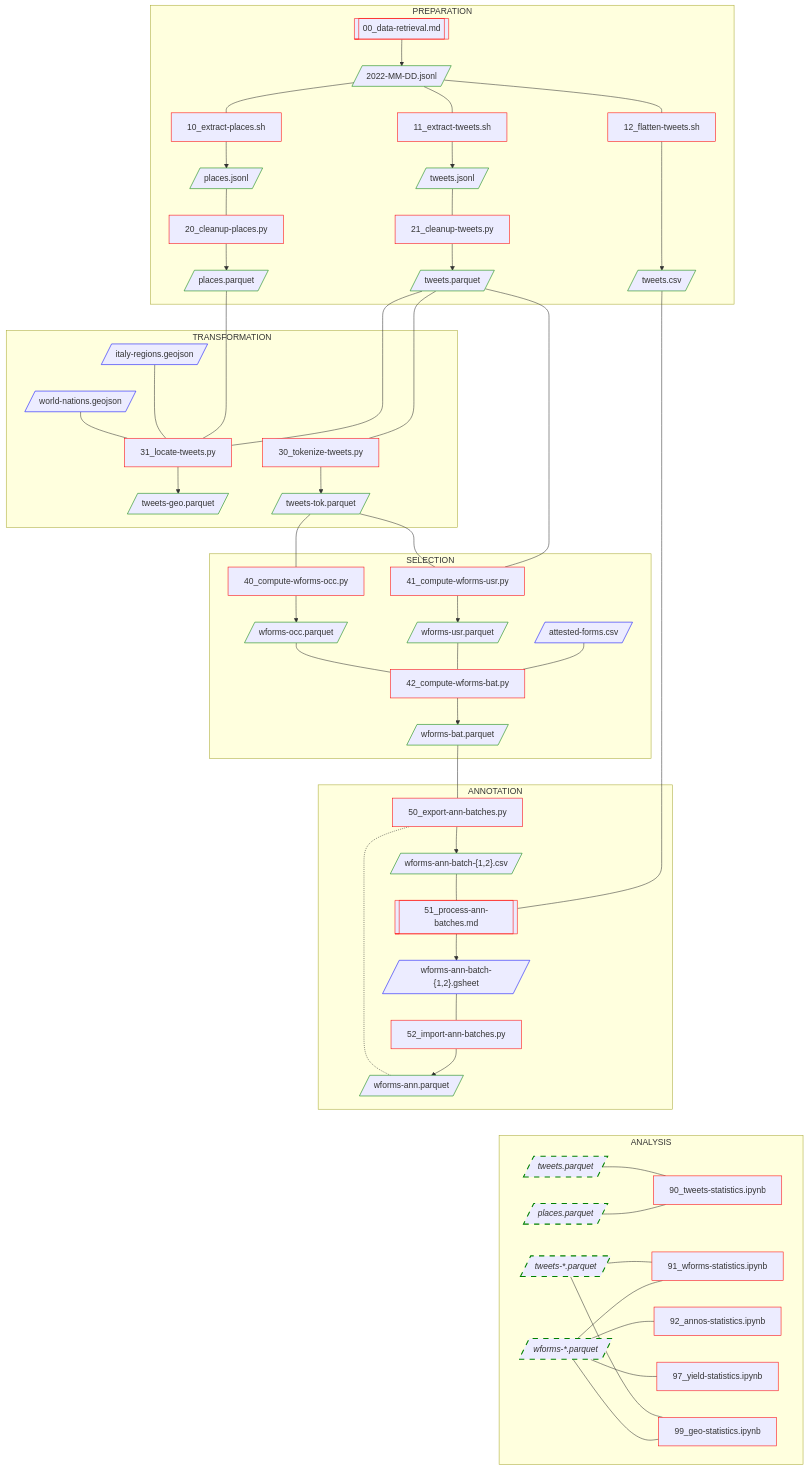
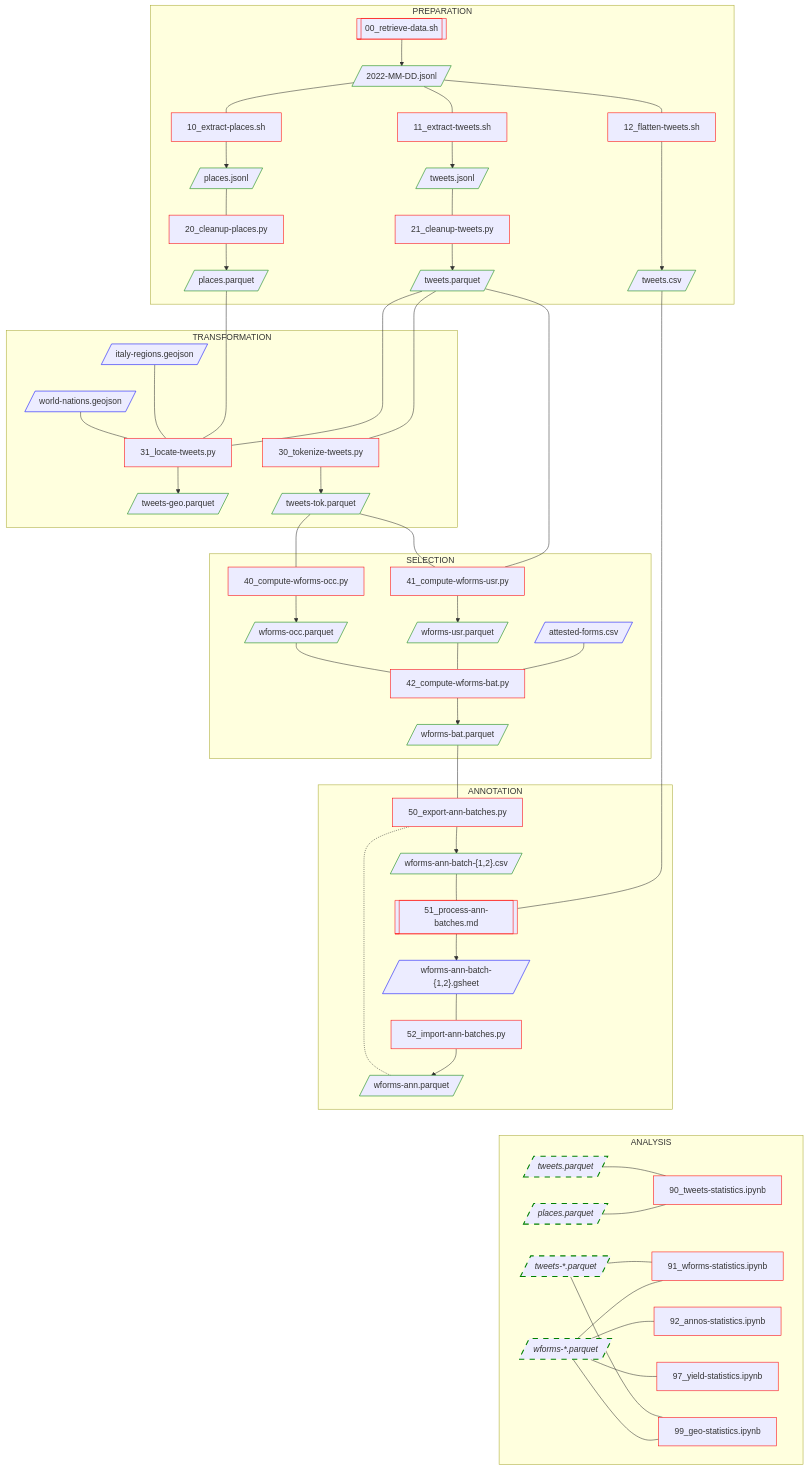
The diagram in README.md (breviloquia-italica/pipeline), drawn with Mermaid before and after one commit. The commit also changed 3 other files, not shown here.

Commit message:
Clean up data retrieval

```diff
--- a/README.md
+++ b/README.md
@@ -5,7 +5,7 @@
 
 subgraph P1 [PREPARATION]
 
-00[[00_data-retrieval.md]]:::code;
+00[[00_retrieve-data.sh]]:::code;
 10[10_extract-places.sh]:::code;
 11[11_extract-tweets.sh]:::code;
 12[12_flatten-tweets.sh]:::code;
```
